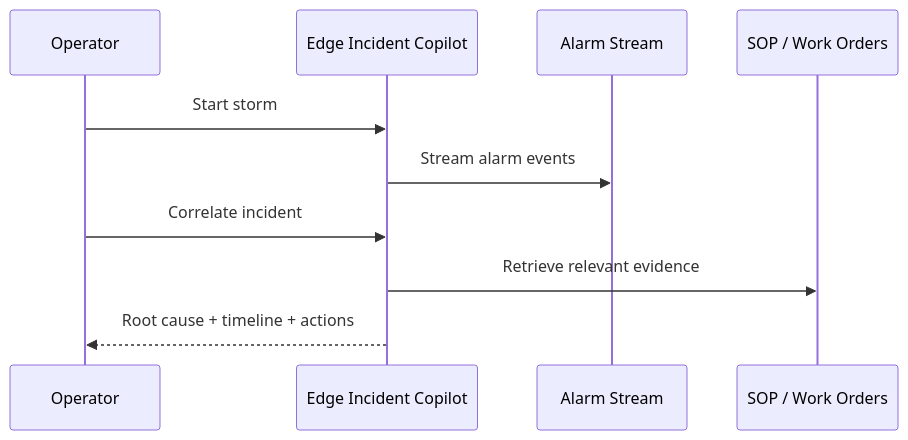
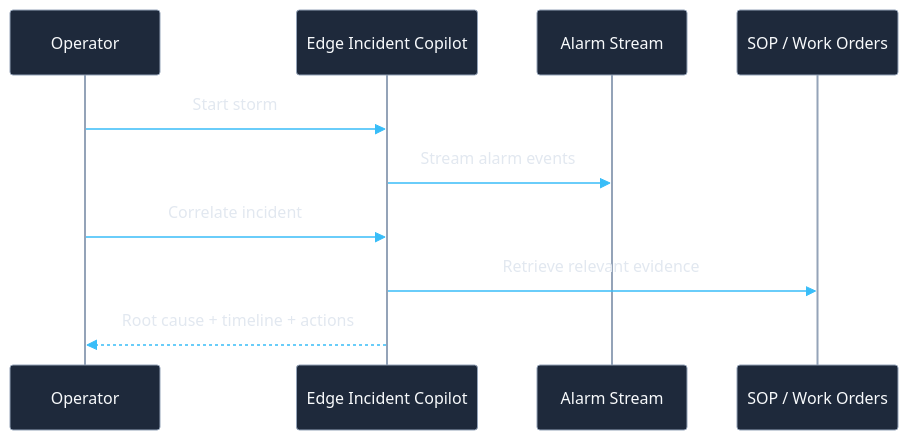
The fourth of 4 diagrams in README.md (chunkai4u/edge-incident-copilot), drawn with Mermaid before and after one commit. The commit also changed other lines of this file, not shown here.

Commit message:
Improve README diagrams

````diff
--- a/README.md
+++ b/README.md
@@ -110,12 +139,13 @@
 ```mermaid
+%%{init: {"theme": "base", "themeVariables": {"primaryColor": "#0f172a", "primaryTextColor": "#e0f2fe", "primaryBorderColor": "#38bdf8", "actorBkg": "#1e293b", "actorBorder": "#94a3b8", "actorTextColor": "#f8fafc", "signalColor": "#38bdf8", "signalTextColor": "#e2e8f0", "noteBkgColor": "#14532d", "noteTextColor": "#dcfce7"}}}%%
 sequenceDiagram
     participant Operator
     participant Demo as Edge Incident Copilot
     participant Alarms as Alarm Stream
     participant Docs as SOP / Work Orders
     Operator->>Demo: Start storm
     Demo->>Alarms: Stream alarm events
     Operator->>Demo: Correlate incident
     Demo->>Docs: Retrieve relevant evidence
     Demo-->>Operator: Root cause + timeline + actions
 ```
````
